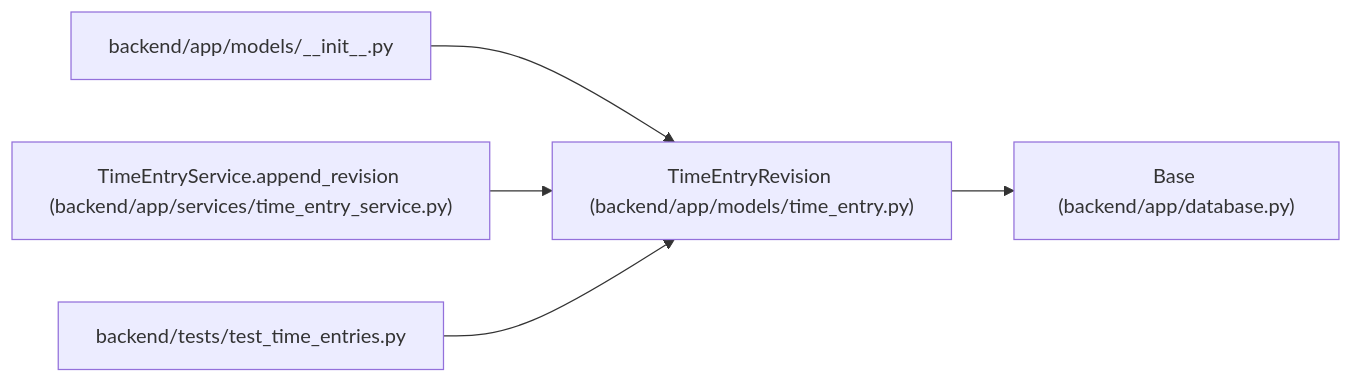
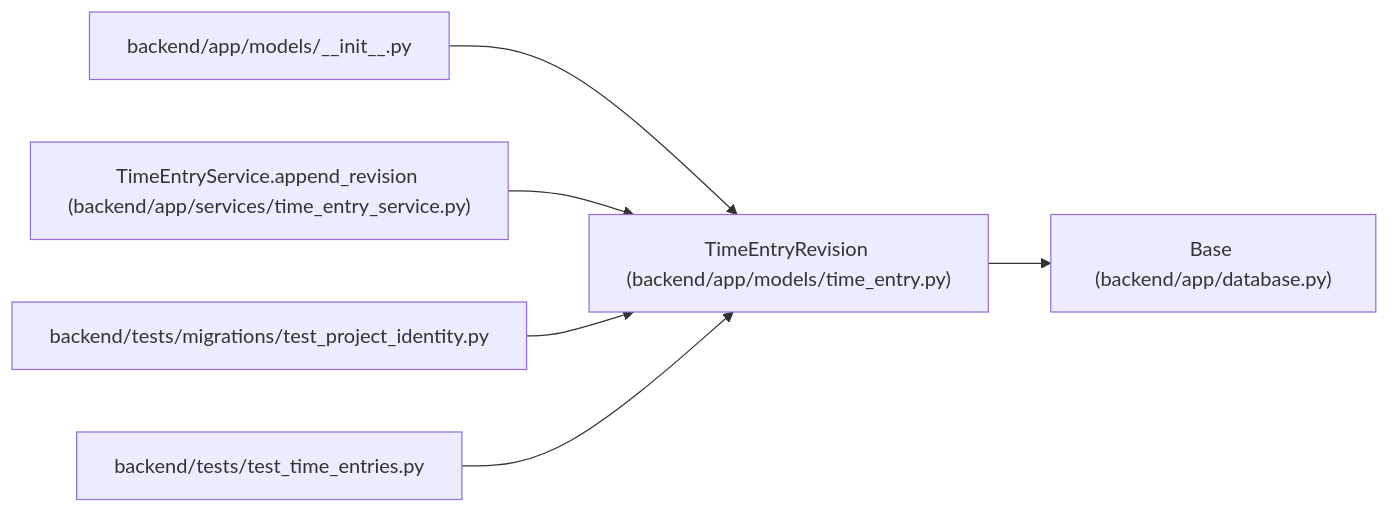
One commit to Denissvgn/WorkChord changed the diagram in docs/llm_wiki/entities/TimeEntryRevision.md. Above: the diagram before and after it, drawn with Mermaid. The commit also changed other lines of this file and 388 other files, not shown here.

Commit message:
docs(wiki): explain project identity migration and allocation floors

````diff
--- a/docs/llm_wiki/entities/TimeEntryRevision.md
+++ b/docs/llm_wiki/entities/TimeEntryRevision.md
@@ -36,17 +36,20 @@
 ```mermaid
 flowchart LR
     n0["TimeEntryRevision (backend/app/models/time_entry.py)"]
     n1["Base (backend/app/database.py)"]
     n2["backend/app/models/__init__.py"]
     n3["TimeEntryService.append_revision (backend/app/services/time_entry_service.py)"]
-    n4["backend/tests/test_time_entries.py"]
+    n4["backend/tests/migrations/test_project_identity.py"]
+    n5["backend/tests/test_time_entries.py"]
     n0 --> n1
     n2 --> n0
     n3 --> n0
     n4 --> n0
+    n5 --> n0
     click n0 "../modules/models_time_entry.md"
     click n1 "../modules/app_database.md"
     click n2 "../modules/models___init__.md"
     click n3 "../modules/time_entry_service.md"
-    click n4 "../modules/test_time_entries.md"
+    click n4 "../modules/test_project_identity.md"
+    click n5 "../modules/test_time_entries.md"
 ```
````
